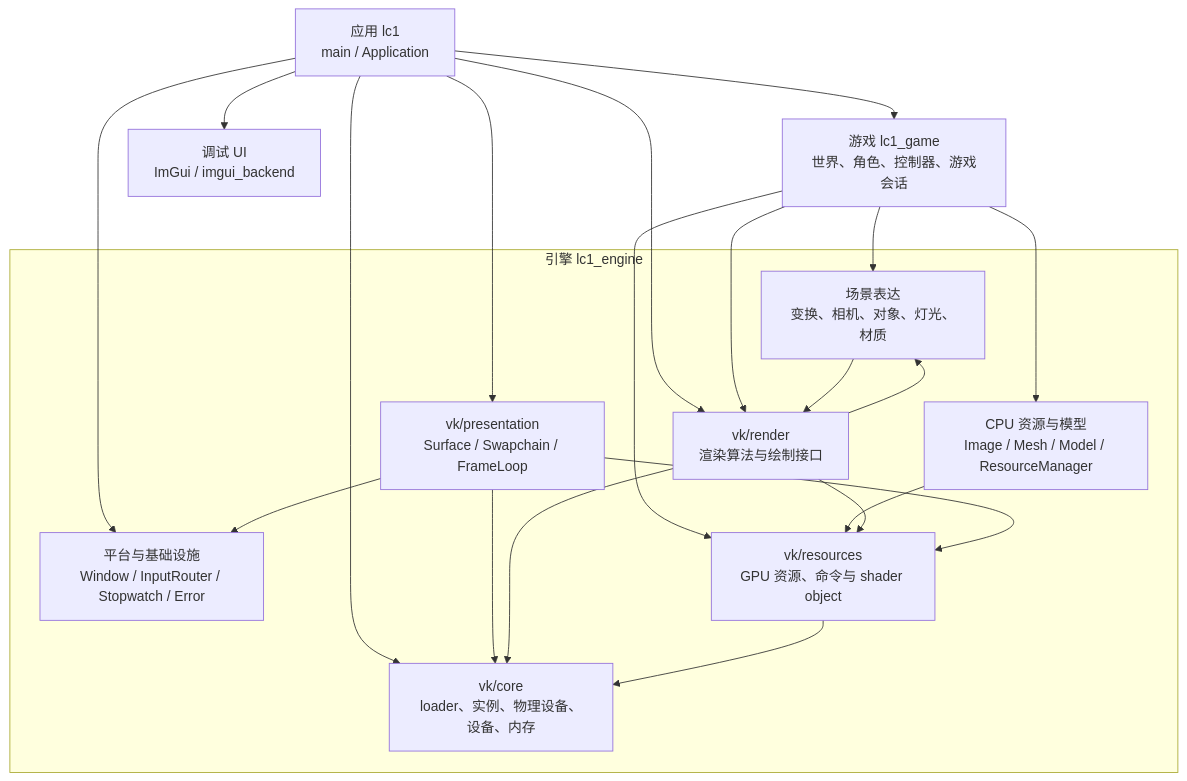
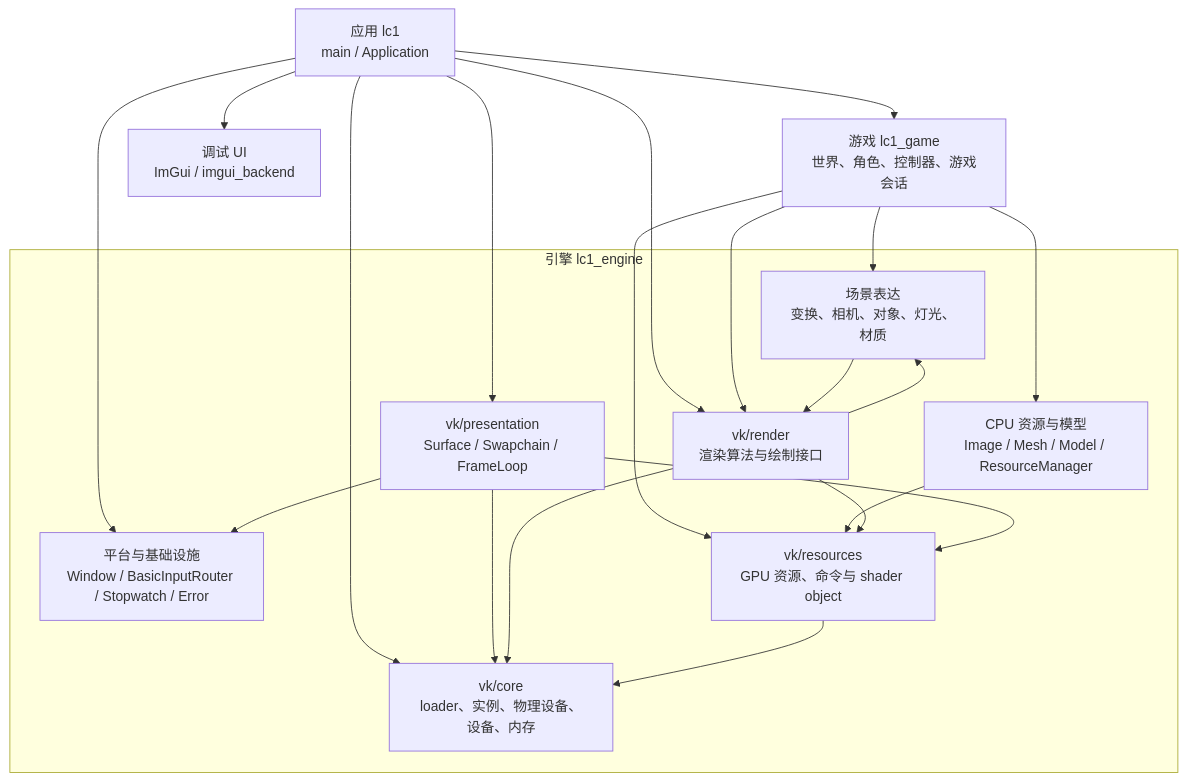
The first of 10 diagrams in docs/module-dependencies.md (Plut084/lc1), drawn with Mermaid before and after one commit. The commit also changed other lines of this file and 47 other files, not shown here.

````diff
--- a/docs/module-dependencies.md
+++ b/docs/module-dependencies.md
@@ -20,36 +20,36 @@
 ```mermaid
 flowchart TB
     app["应用 lc1<br/>main / Application"]
     game["游戏 lc1_game<br/>世界、角色、控制器、游戏会话"]
     ui["调试 UI<br/>ImGui / imgui_backend"]
 
     subgraph engine["引擎 lc1_engine"]
-        platform["平台与基础设施<br/>Window / InputRouter / Stopwatch / Error"]
+        platform["平台与基础设施<br/>Window / BasicInputRouter / Stopwatch / Error"]
         assets["CPU 资源与模型<br/>Image / Mesh / Model / ResourceManager"]
         scene["场景表达<br/>变换、相机、对象、灯光、材质"]
         render["vk/render<br/>渲染算法与绘制接口"]
         presentation["vk/presentation<br/>Surface / Swapchain / FrameLoop"]
         resources["vk/resources<br/>GPU 资源、命令与 shader object"]
         core["vk/core<br/>loader、实例、物理设备、设备、内存"]
     end
 
     app --> game
     app --> ui
     app --> platform
     app --> presentation
     app --> render
     app --> core
     game --> scene
     game --> assets
     game --> render
     game --> resources
     assets --> resources
     scene --> render
     render --> scene
     render --> resources
     presentation --> platform
     presentation --> resources
     presentation --> core
     render --> core
     resources --> core
 ```
````
